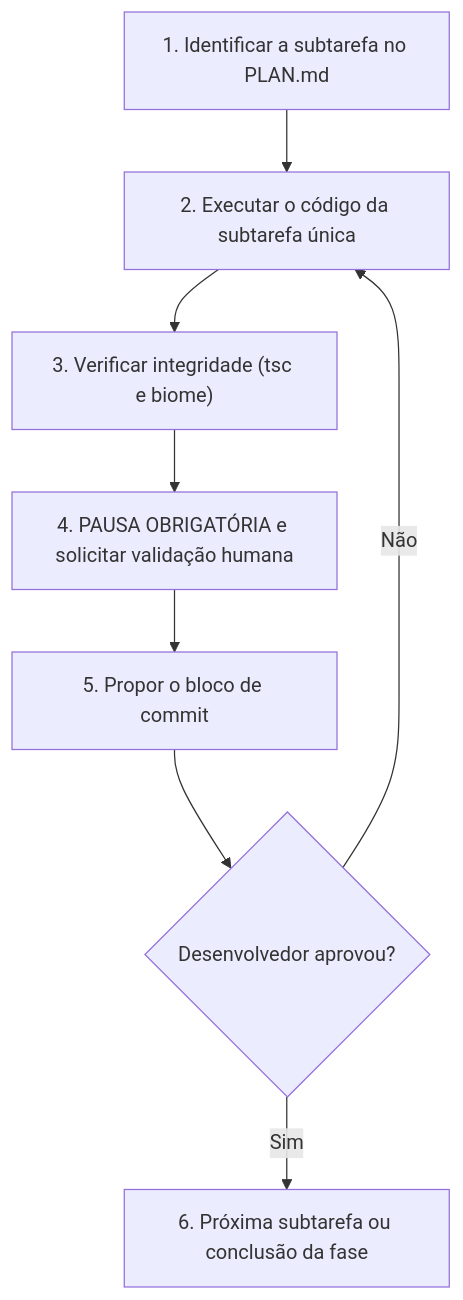
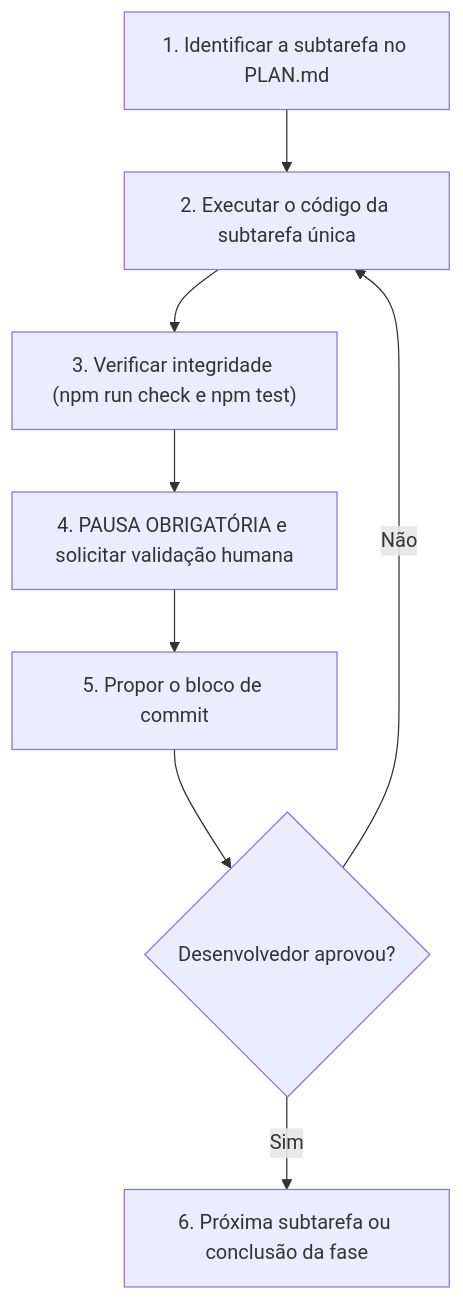
The diagram in .agents/AGENTS.md (VerdeAr/frontend), drawn with Mermaid before and after one commit. The commit also changed other lines of this file and 3 other files, not shown here.

````diff
--- a/.agents/AGENTS.md
+++ b/.agents/AGENTS.md
@@ -34,10 +34,10 @@
 ```mermaid
 flowchart TD
     A["1. Identificar a subtarefa no PLAN.md"] --> B["2. Executar o código da subtarefa única"]
-    B --> C["3. Verificar integridade (tsc e biome)"]
+    B --> C["3. Verificar integridade (npm run check e npm test)"]
     C --> D["4. PAUSA OBRIGATÓRIA e solicitar validação humana"]
     D --> E["5. Propor o bloco de commit"]
     E --> F{"Desenvolvedor aprovou?"}
     F -- Não --> B
     F -- Sim --> G["6. Próxima subtarefa ou conclusão da fase"]
 ```
````
